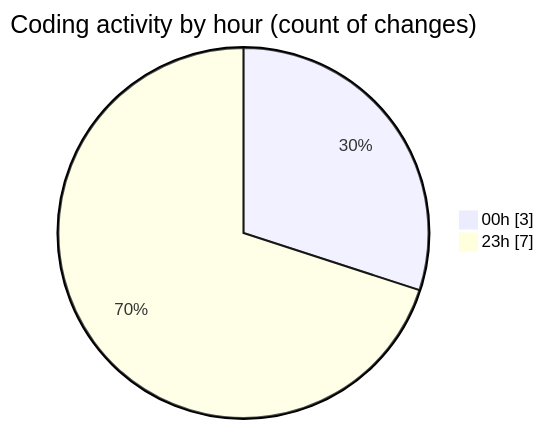
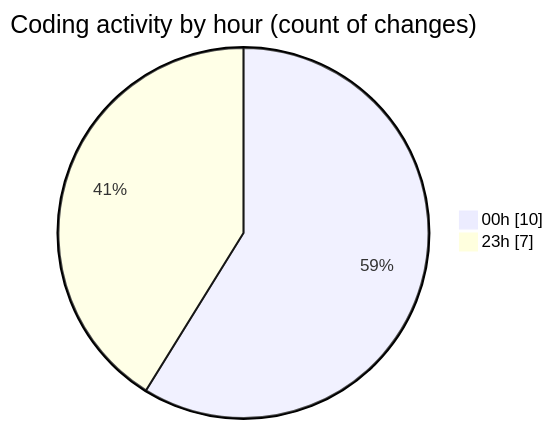
The second of 2 diagrams in 2025-05-28/elitesun/README.md (Elitesun/code-tracking), drawn with Mermaid before and after one commit. The commit also changed other lines of this file and 1 other file, not shown here.

````diff
--- a/2025-05-28/elitesun/README.md
+++ b/2025-05-28/elitesun/README.md
@@ -35,6 +39,6 @@
 ```mermaid
 pie showData
 title Coding activity by hour (count of changes)
-"00h" : 3
+"00h" : 10
 "23h" : 7
 ```
````
